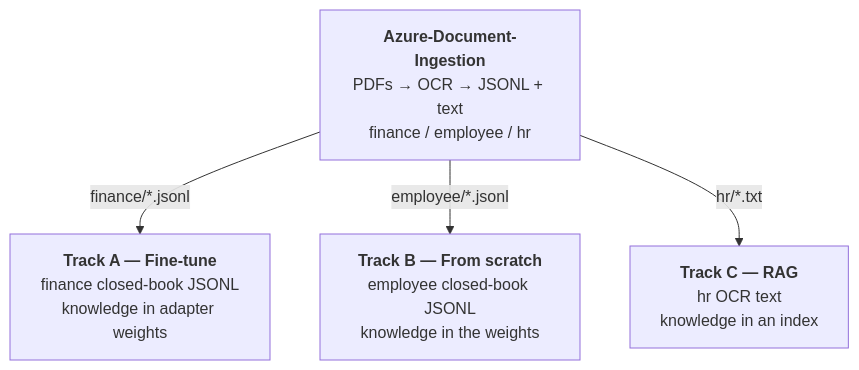
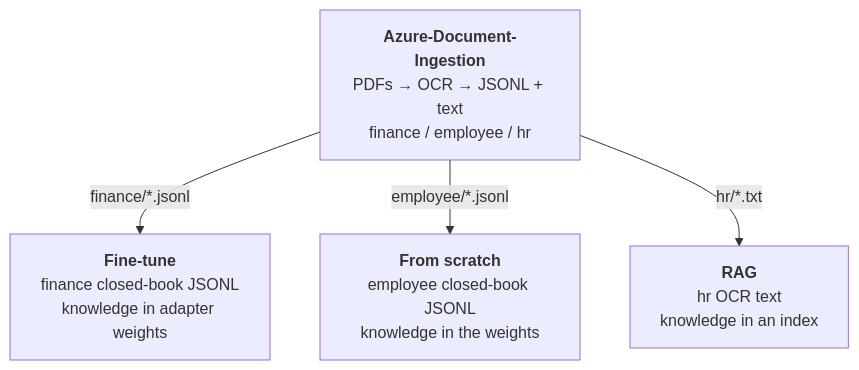
The diagram in README.md (Auxin-io/Azure-Document-Ingestion), drawn with Mermaid before and after one commit.

Commit message:
Update flowchart labels in README.md

````diff
--- a/README.md
+++ b/README.md
@@ -24,12 +24,12 @@
 ```mermaid
 flowchart TD
     ING["<b>Azure-Document-Ingestion</b><br/>PDFs → OCR → JSONL + text<br/>finance / employee / hr"]
 
-    FT["<b>Track A — Fine-tune</b><br/>finance closed-book JSONL<br/>knowledge in adapter weights"]
-    PT["<b>Track B — From scratch</b><br/>employee closed-book JSONL<br/>knowledge in the weights"]
-    RAG["<b>Track C — RAG</b><br/>hr OCR text<br/>knowledge in an index"]
+    FT["<b>Fine-tune</b><br/>finance closed-book JSONL<br/>knowledge in adapter weights"]
+    PT["<b>From scratch</b><br/>employee closed-book JSONL<br/>knowledge in the weights"]
+    RAG["<b>RAG</b><br/>hr OCR text<br/>knowledge in an index"]
 
     ING -->|"finance/*.jsonl"| FT
     ING -->|"employee/*.jsonl"| PT
     ING -->|"hr/*.txt"| RAG
 ```
````
